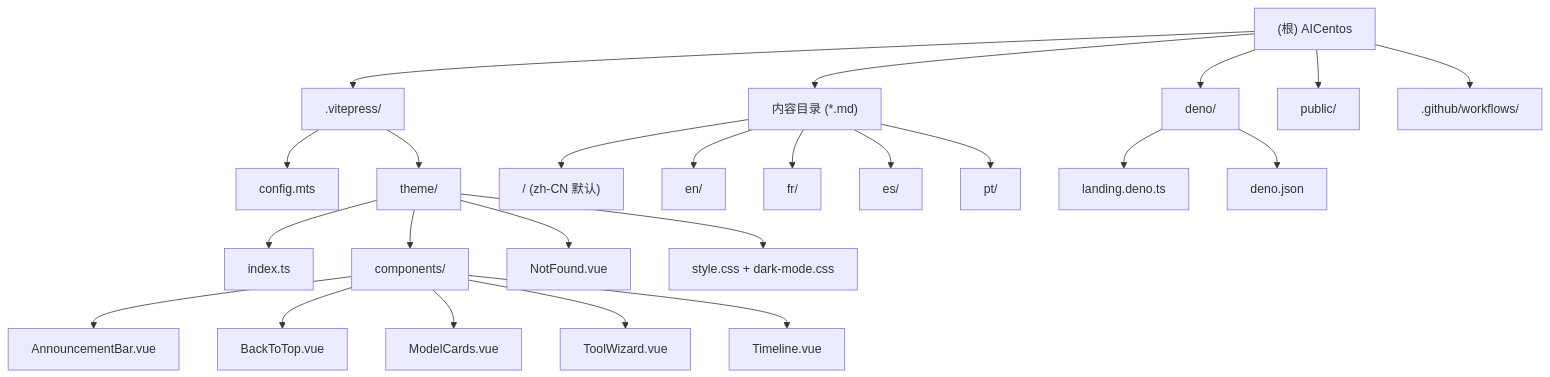
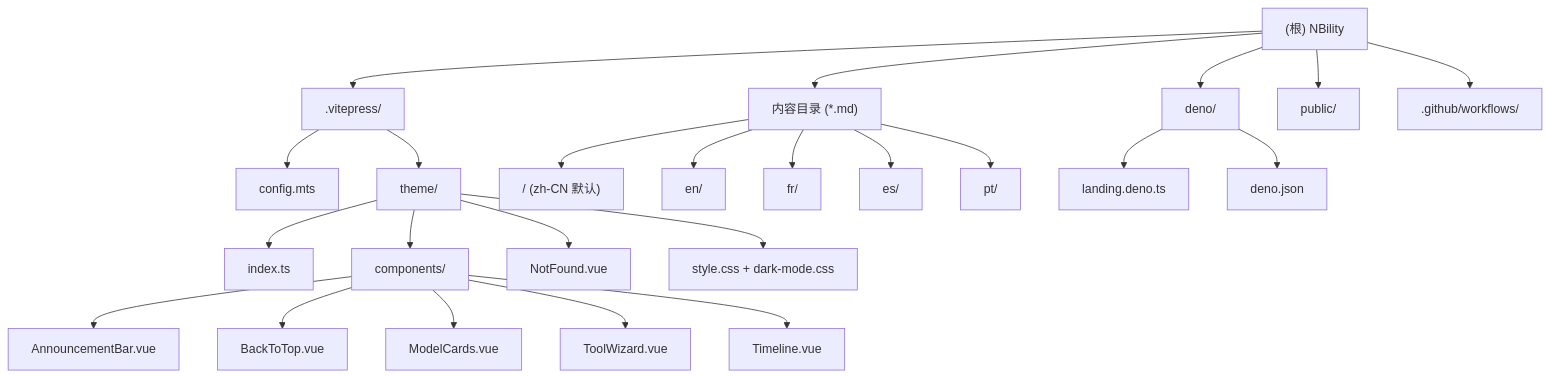
The diagram in CLAUDE.md (oiov/aicentos), drawn with Mermaid before and after one commit. The commit also changed other lines of this file and 94 other files, not shown here.

````diff
--- a/CLAUDE.md
+++ b/CLAUDE.md
@@ -20,31 +20,31 @@
 ```mermaid
 graph TD
-    A["(根) AICentos"] --> B[".vitepress/"];
+    A["(根) NBility"] --> B[".vitepress/"];
     A --> C["deno/"];
     A --> D["内容目录 (*.md)"];
     A --> E["public/"];
     A --> F[".github/workflows/"];
 
     B --> B1["config.mts"];
     B --> B2["theme/"];
     B2 --> B2a["index.ts"];
     B2 --> B2b["components/"];
     B2b --> B2b1["AnnouncementBar.vue"];
     B2b --> B2b2["BackToTop.vue"];
     B2b --> B2b3["ModelCards.vue"];
     B2b --> B2b4["ToolWizard.vue"];
     B2b --> B2b5["Timeline.vue"];
     B2 --> B2c["NotFound.vue"];
     B2 --> B2d["style.css + dark-mode.css"];
 
     D --> D1["/ (zh-CN 默认)"];
     D --> D2["en/"];
     D --> D3["fr/"];
     D --> D4["es/"];
     D --> D5["pt/"];
 
     C --> C1["landing.deno.ts"];
     C --> C2["deno.json"];
 
     click C "./deno/CLAUDE.md" "查看 deno 模块文档"
 ```
````
